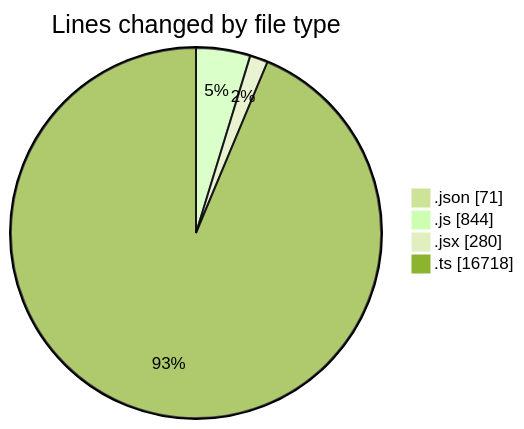
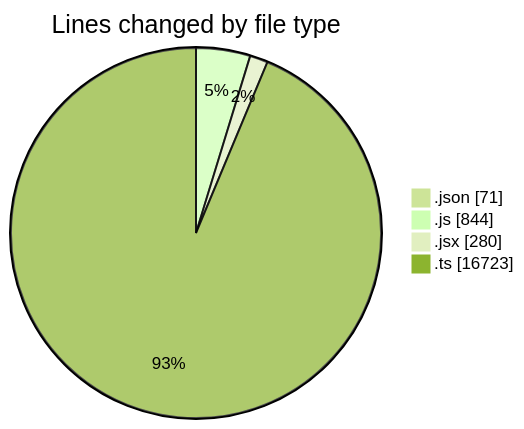
The first of 2 diagrams in 2025-05-13/cda/README.md (momahboobian/code-tracking), drawn with Mermaid (forest theme) before and after one commit. The commit also changed other lines of this file and 1 other file, not shown here.

````diff
--- a/2025-05-13/cda/README.md
+++ b/2025-05-13/cda/README.md
@@ -30,8 +30,8 @@
 ```mermaid
 pie showData
 title Lines changed by file type
 ".json" : 71
 ".js" : 844
 ".jsx" : 280
-".ts" : 16718
+".ts" : 16723
 ```
````
